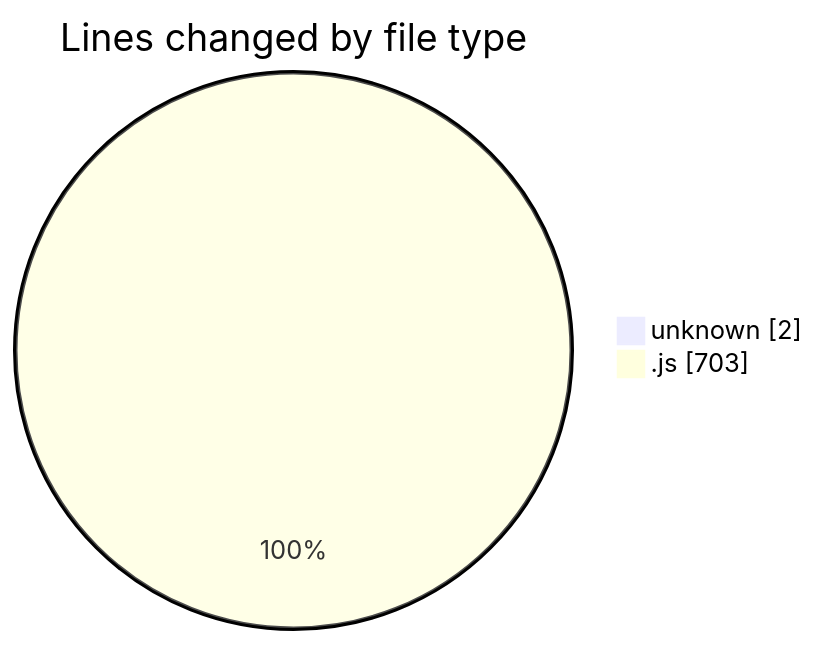
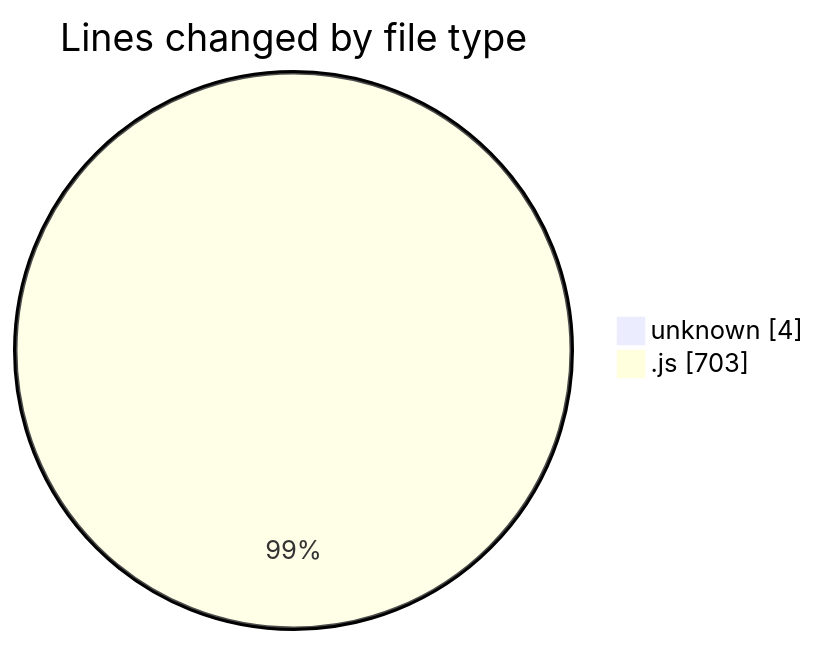
The first of 2 diagrams in 2026-04-26/calcapp/README.md (nxtqubesakshisongat/code-tracking), drawn with Mermaid before and after one commit. The commit also changed other lines of this file and 1 other file, not shown here.

````diff
--- a/2026-04-26/calcapp/README.md
+++ b/2026-04-26/calcapp/README.md
@@ -24,6 +25,6 @@
 ```mermaid
 pie showData
 title Lines changed by file type
-"unknown" : 2
+"unknown" : 4
 ".js" : 703
 ```
````
